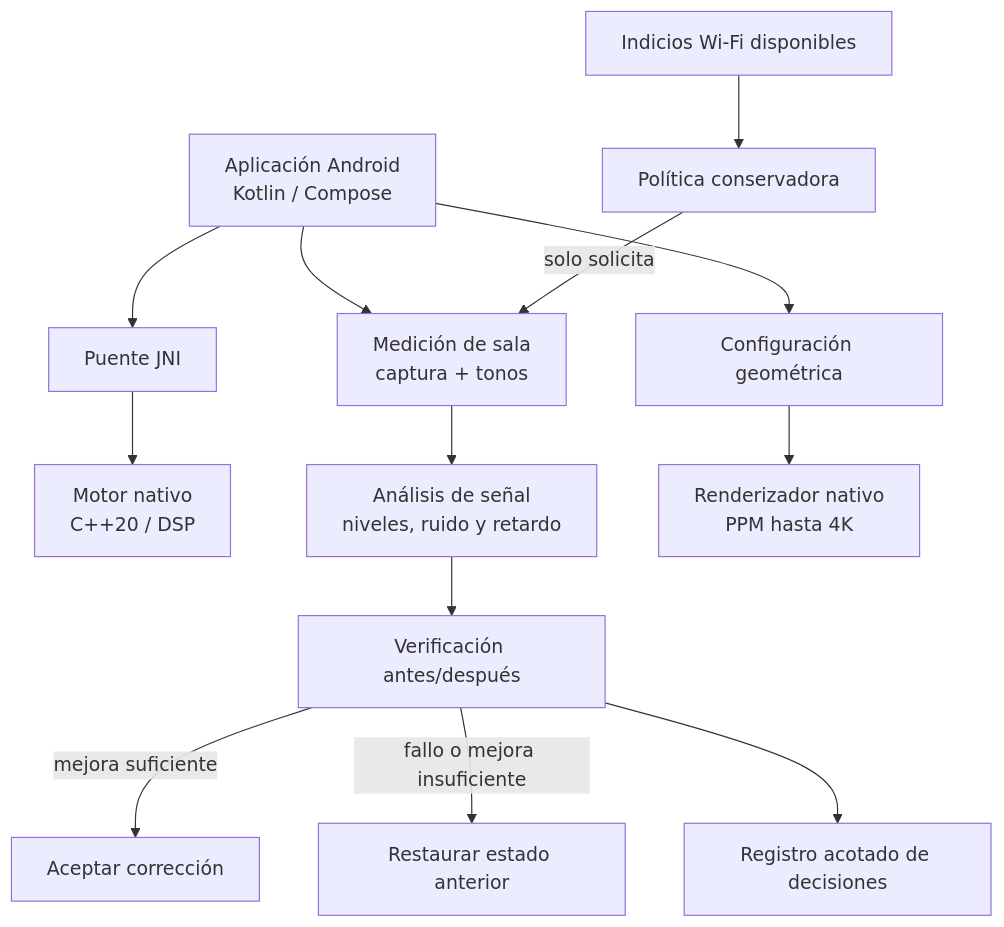
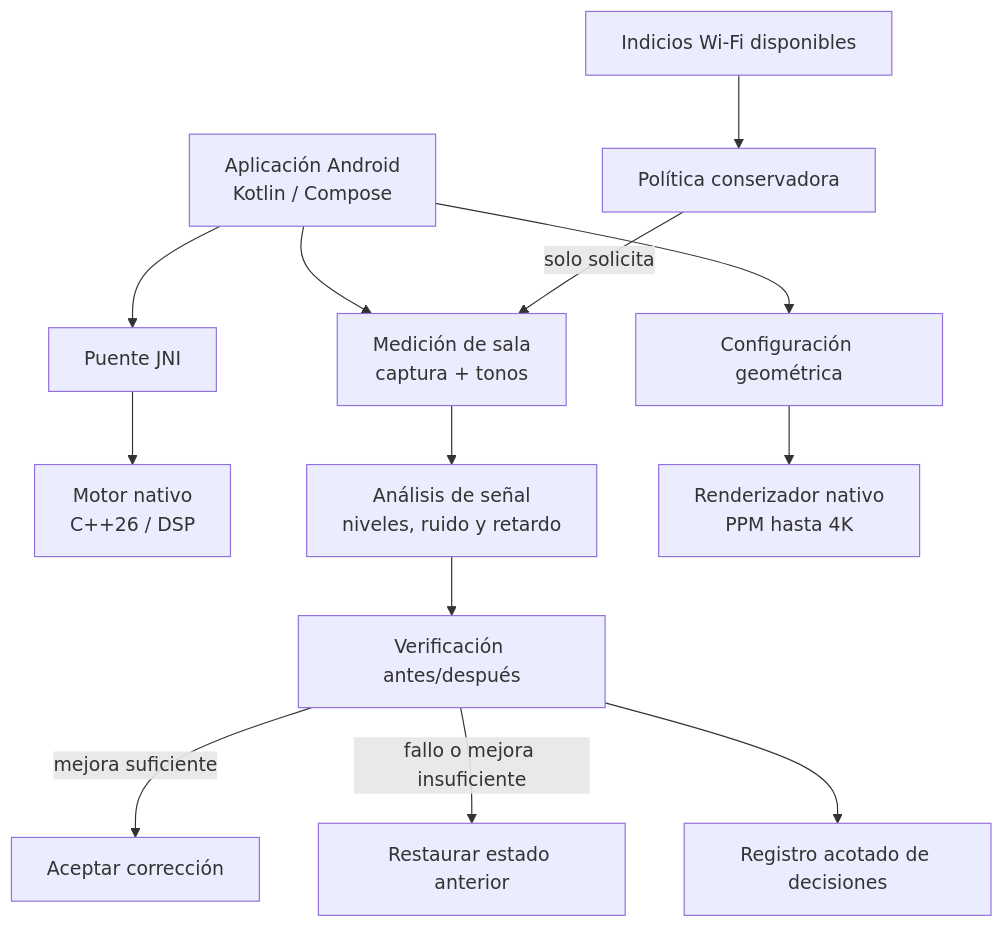
One commit to luisurielpimentelperez814-design/IVANNA-OMEGA-SUPREME changed the diagram in README.md. Above: the diagram before and after it, drawn with Mermaid. The commit also changed other lines of this file and 8 other files, not shown here.

````diff
--- a/README.md
+++ b/README.md
@@ -81,15 +81,15 @@
 ```mermaid
 flowchart TD
     UI["Aplicación Android<br/>Kotlin / Compose"] --> JNI["Puente JNI"]
-    JNI --> DSP["Motor nativo<br/>C++20 / DSP"]
+    JNI --> DSP["Motor nativo<br/>C++26 / DSP"]
     UI --> MEASURE["Medición de sala<br/>captura + tonos"]
     MEASURE --> ANALYSIS["Análisis de señal<br/>niveles, ruido y retardo"]
     ANALYSIS --> VERIFY["Verificación antes/después"]
     VERIFY -->|mejora suficiente| APPLY["Aceptar corrección"]
     VERIFY -->|fallo o mejora insuficiente| ROLLBACK["Restaurar estado anterior"]
     VERIFY --> AUDIT["Registro acotado de decisiones"]
     UI --> GEOMETRY["Configuración geométrica"]
     GEOMETRY --> RENDER["Renderizador nativo<br/>PPM hasta 4K"]
     WIFI["Indicios Wi-Fi disponibles"] --> POLICY["Política conservadora"]
     POLICY -->|solo solicita| MEASURE
 ```
````
